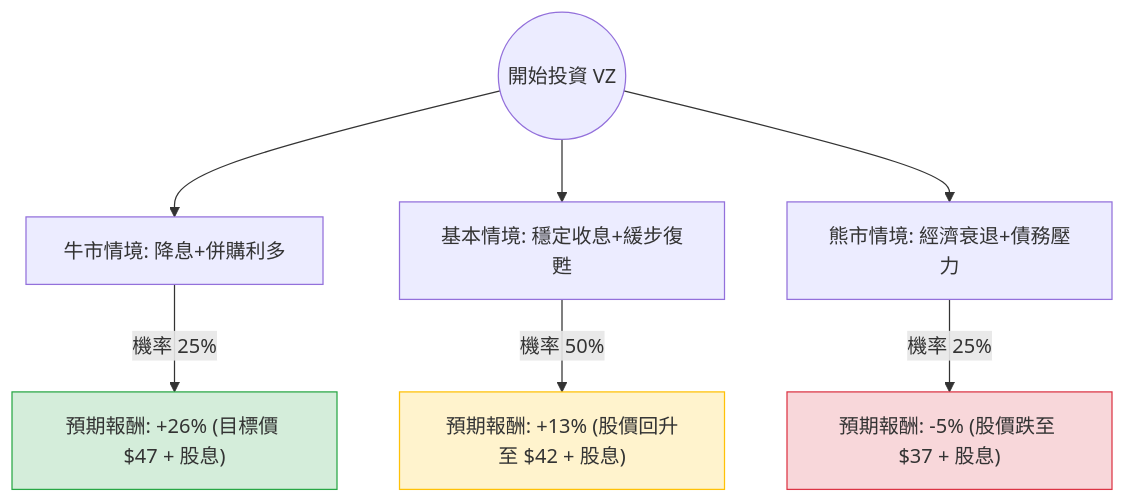
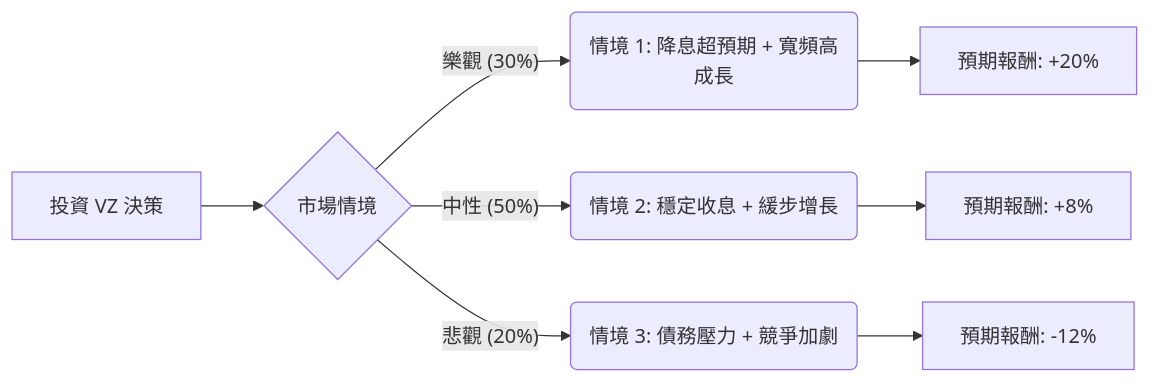
The diagram in plugin-react/ai-analysis/ev-analysis/VZ.md (zmcx16/zmcx16.github.io), drawn with Mermaid before and after one commit. The commit also changed other lines of this file and 85 other files, not shown here.

````diff
--- a/plugin-react/ai-analysis/ev-analysis/VZ.md
+++ b/plugin-react/ai-analysis/ev-analysis/VZ.md
@@ -19,14 +22,12 @@
 ```mermaid
-graph TD
-    Start((開始投資 VZ)) --> Bull[牛市情境: 降息+併購利多]
-    Start --> Base[基本情境: 穩定收息+緩步復甦]
-    Start --> Bear[熊市情境: 經濟衰退+債務壓力]
+graph LR
+    A[投資 VZ 決策] --> B{市場情境}
+    
+    B -- 樂觀 (30%) --> C(情境 1: 降息超預期 + 寬頻高成長)
+    B -- 中性 (50%) --> D(情境 2: 穩定收息 + 緩步增長)
+    B -- 悲觀 (20%) --> E(情境 3: 債務壓力 + 競爭加劇)
 
-    Bull -- "機率 25%" --> BullResult["預期報酬: +26% (目標價 $47 + 股息)"]
-    Base -- "機率 50%" --> BaseResult["預期報酬: +13% (股價回升至 $42 + 股息)"]
-    Bear -- "機率 25%" --> BearResult["預期報酬: -5% (股價跌至 $37 + 股息)"]
-
-    style BullResult fill:#d4edda,stroke:#28a745
-    style BaseResult fill:#fff3cd,stroke:#ffc107
-    style BearResult fill:#f8d7da,stroke:#dc3545
+    C --> C1[預期報酬: +20%]
+    D --> D1[預期報酬: +8%]
+    E --> E1[預期報酬: -12%]
 ```
````
